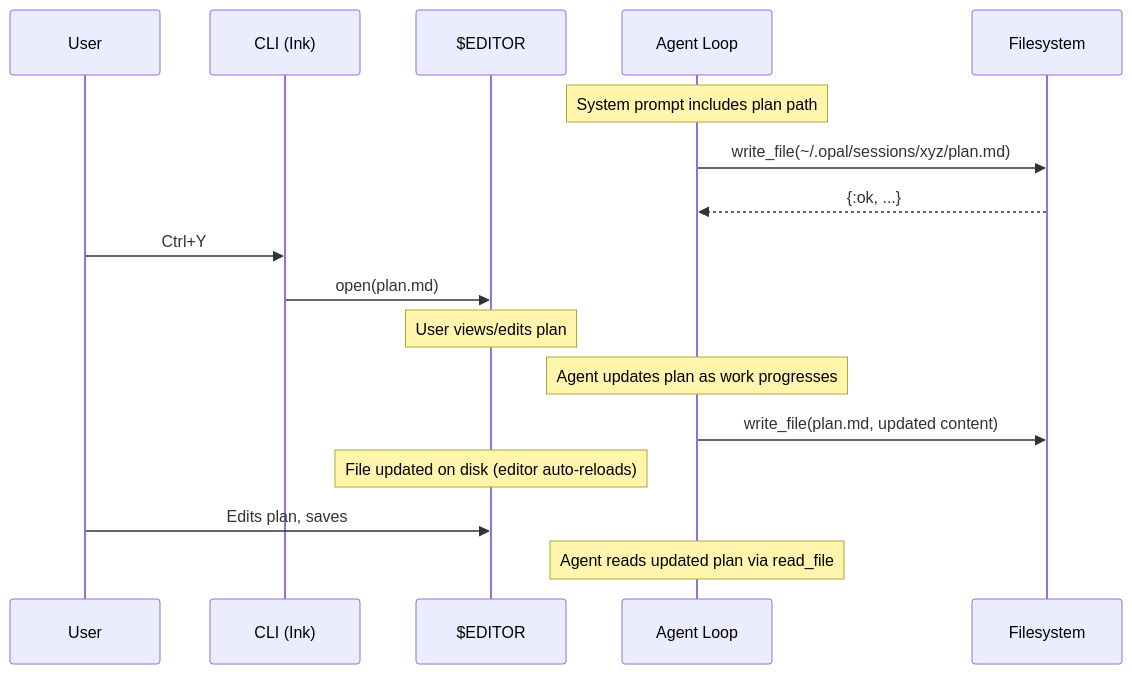
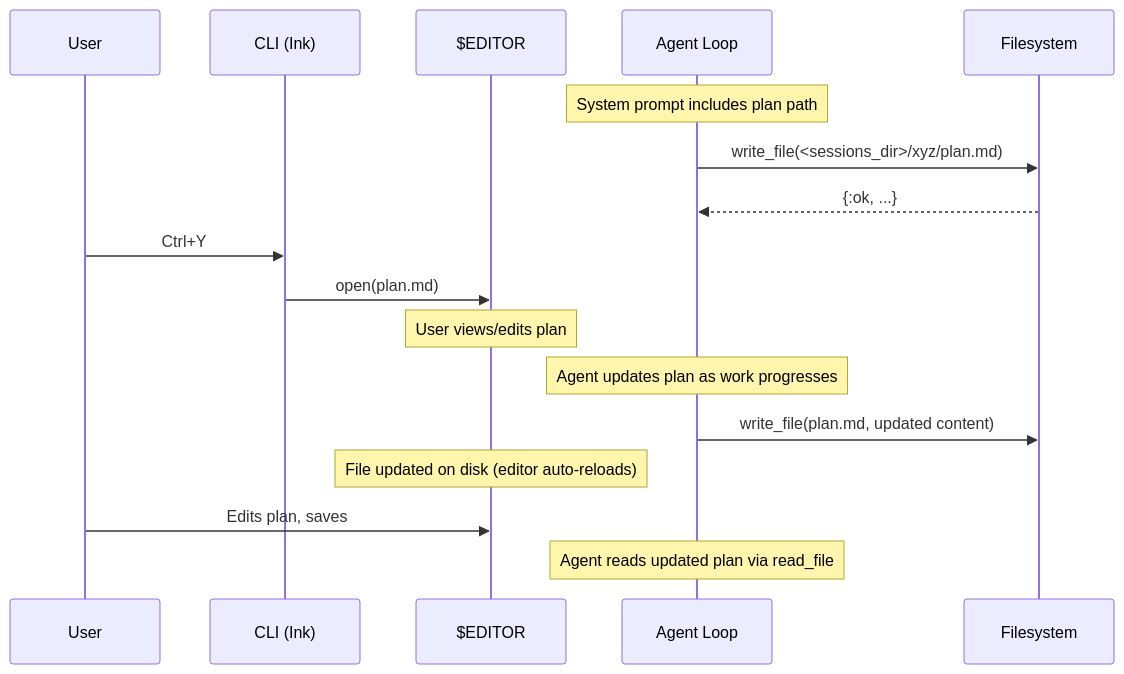
Before and after one commit to matteing/opal: the diagram in docs/planning.md, drawn with Mermaid. The commit also changed other lines of this file and 37 other files, not shown here.

````diff
--- a/docs/planning.md
+++ b/docs/planning.md
@@ -36,23 +36,23 @@
 ```mermaid
 sequenceDiagram
     participant User
     participant CLI as CLI (Ink)
     participant Editor as $EDITOR
     participant Agent as Agent Loop
     participant FS as Filesystem
 
     Note over Agent: System prompt includes plan path
-    Agent->>FS: write_file(~/.opal/sessions/xyz/plan.md)
+    Agent->>FS: write_file(<sessions_dir>/xyz/plan.md)
     FS-->>Agent: {:ok, ...}
 
     User->>CLI: Ctrl+Y
     CLI->>Editor: open(plan.md)
     Note over Editor: User views/edits plan
 
     Note over Agent: Agent updates plan as work progresses
     Agent->>FS: write_file(plan.md, updated content)
     Note over Editor: File updated on disk (editor auto-reloads)
 
     User->>Editor: Edits plan, saves
     Note over Agent: Agent reads updated plan via read_file
 ```
````
